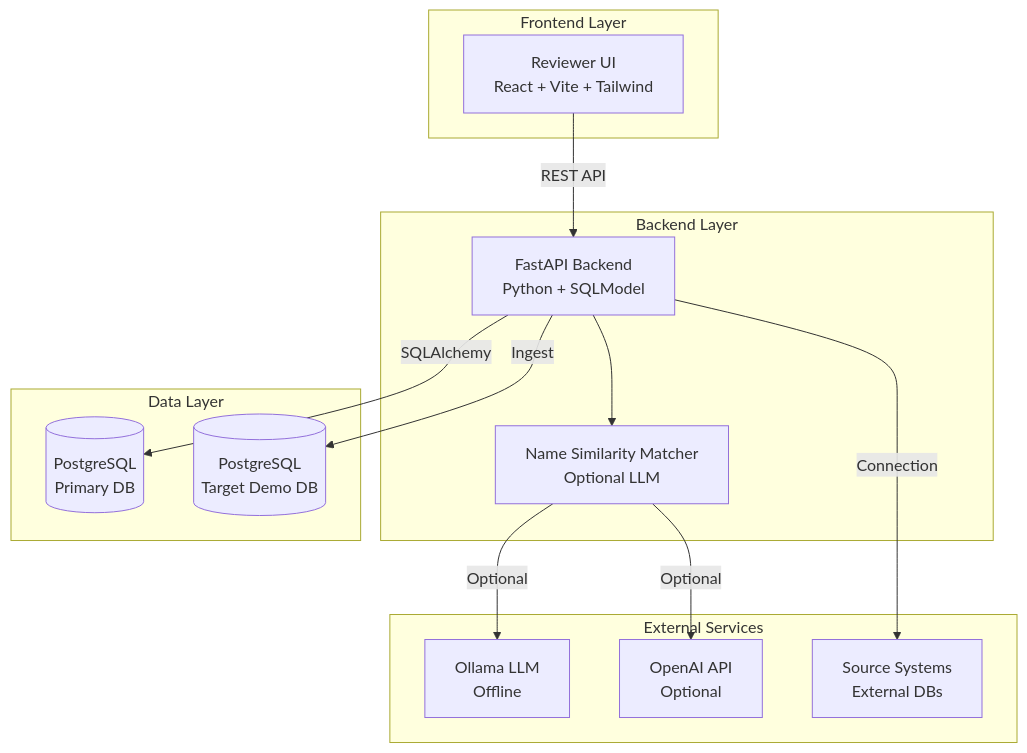
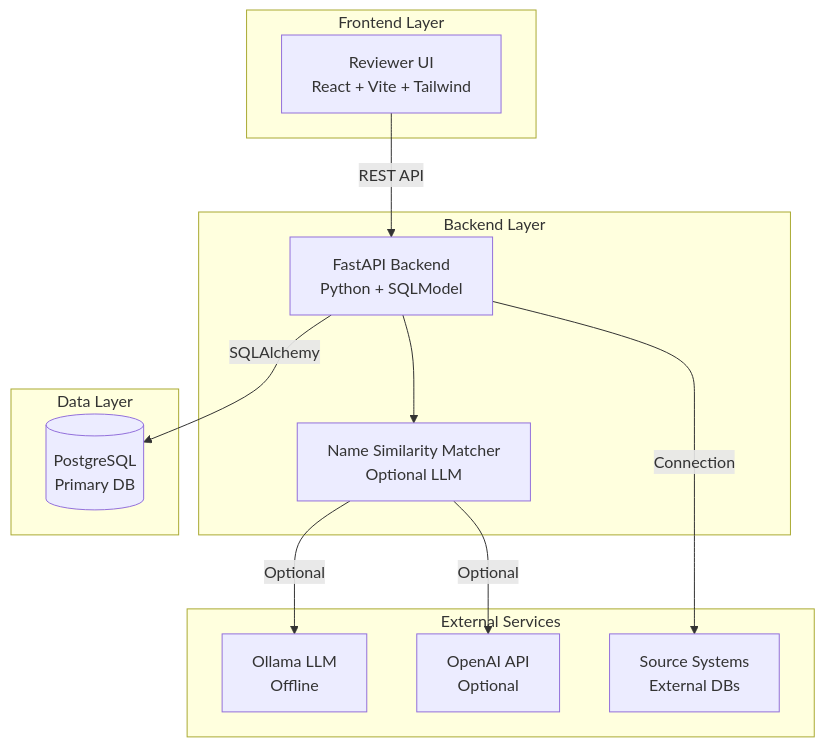
One commit to rezer-bleede/refdata-hub changed the first of 5 diagrams in docs/architecture.md. Above: the diagram before and after it, drawn with Mermaid. The commit also changed other lines of this file and 42 other files, not shown here.

````diff
--- a/docs/architecture.md
+++ b/docs/architecture.md
@@ -9,30 +9,28 @@
 ```mermaid
 graph TB
     subgraph "Frontend Layer"
         UI[Reviewer UI<br/>React + Vite + Tailwind]
     end
     
     subgraph "Backend Layer"
         API[FastAPI Backend<br/>Python + SQLModel]
         MATCHER[Name Similarity Matcher<br/>Optional LLM]
     end
     
     subgraph "Data Layer"
         DB[(PostgreSQL<br/>Primary DB)]
-        TARGETDB[(PostgreSQL<br/>Target Demo DB)]
     end
     
     subgraph "External Services"
         OLLAMA[Ollama LLM<br/>Offline]
         OPENAI[OpenAI API<br/>Optional]
         SOURCES[Source Systems<br/>External DBs]
     end
     
     UI -->|REST API| API
     API -->|SQLAlchemy| DB
     API --> MATCHER
     MATCHER -->|Optional| OLLAMA
     MATCHER -->|Optional| OPENAI
     API -->|Connection| SOURCES
-    API -->|Ingest| TARGETDB
 ```
````
